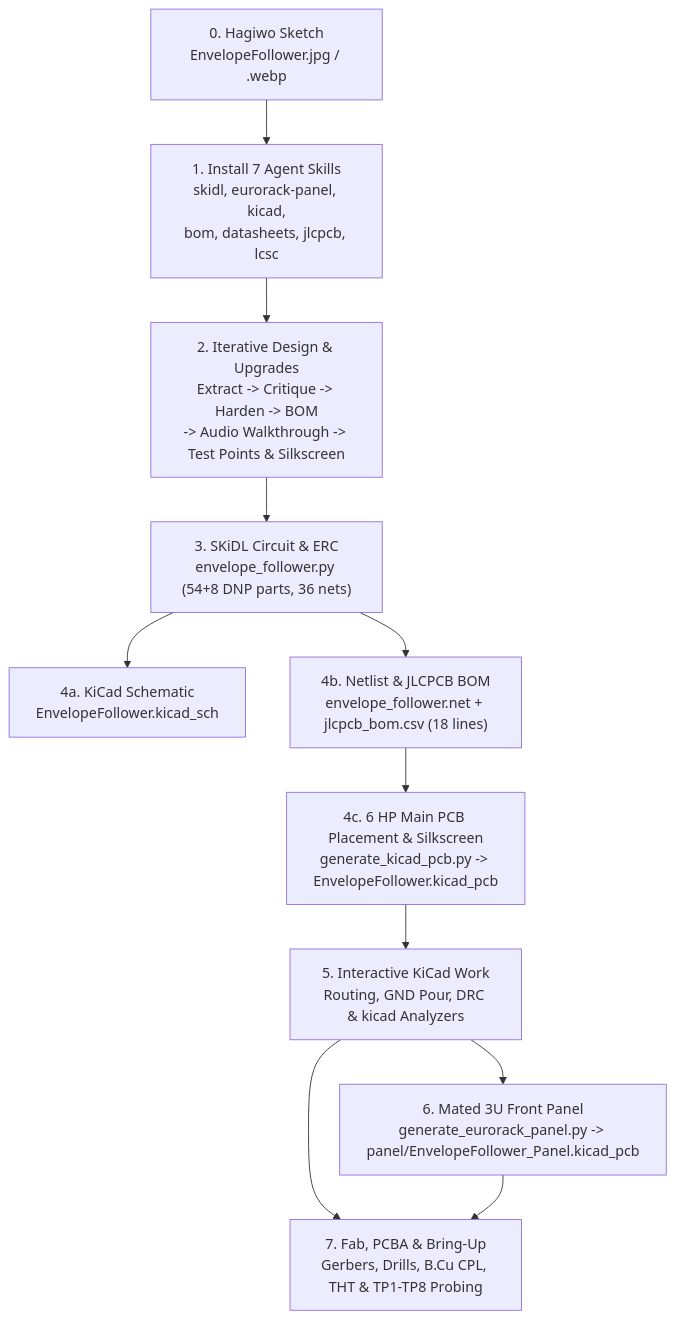
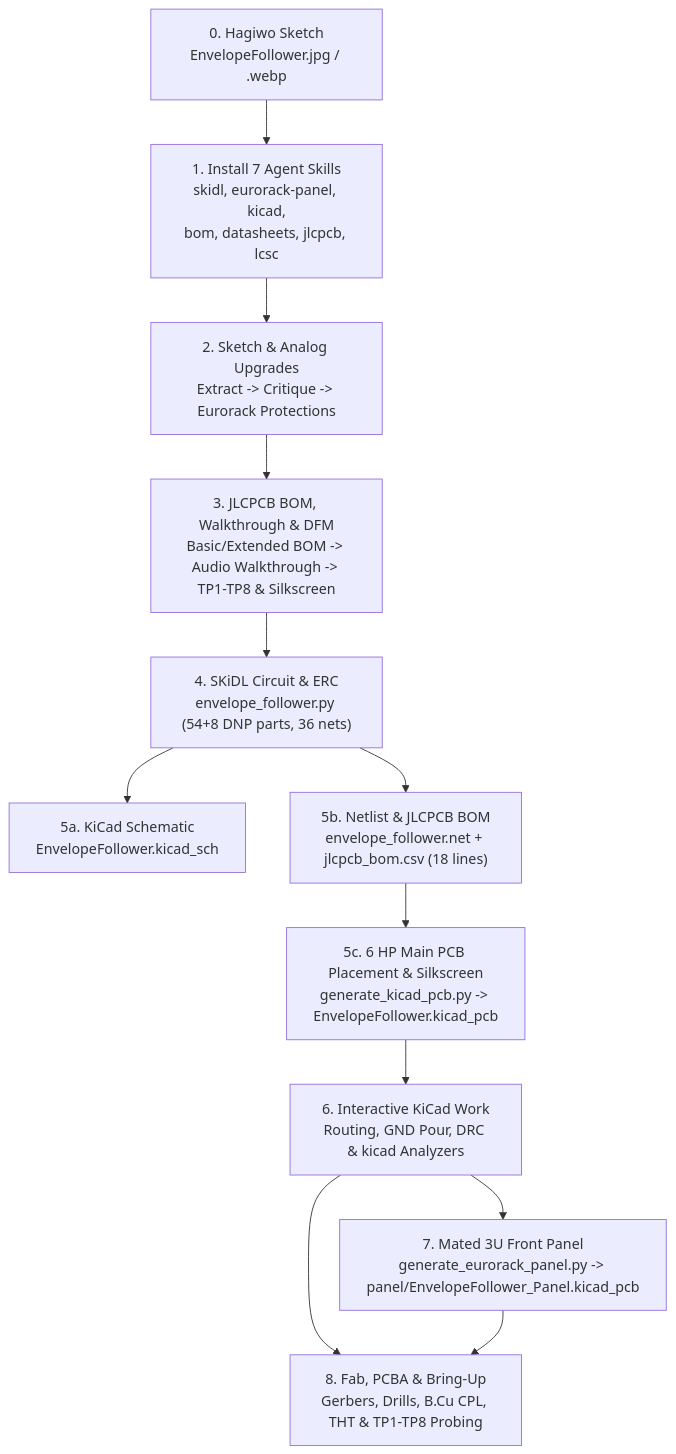
Before and after one commit to domesticmouse/EnvelopeFollower: the diagram in docs/index.md, drawn with Mermaid. The commit also changed other lines of this file and 12 other files, not shown here.

````diff
--- a/docs/index.md
+++ b/docs/index.md
@@ -11,13 +11,14 @@
 ```mermaid
 flowchart TD
     S0["0. Hagiwo Sketch<br/>EnvelopeFollower.jpg / .webp"] --> S1["1. Install 7 Agent Skills<br/>skidl, eurorack-panel, kicad,<br/>bom, datasheets, jlcpcb, lcsc"]
-    S1 --> S2["2. Iterative Design & Upgrades<br/>Extract -> Critique -> Harden -> BOM<br/>-> Audio Walkthrough -> Test Points & Silkscreen"]
-    S2 --> S3["3. SKiDL Circuit & ERC<br/>envelope_follower.py (54+8 DNP parts, 36 nets)"]
-    S3 --> S4A["4a. KiCad Schematic<br/>EnvelopeFollower.kicad_sch"]
-    S3 --> S4B["4b. Netlist & JLCPCB BOM<br/>envelope_follower.net + jlcpcb_bom.csv (18 lines)"]
-    S4B --> S4C["4c. 6 HP Main PCB Placement & Silkscreen<br/>generate_kicad_pcb.py -> EnvelopeFollower.kicad_pcb"]
-    S4C --> S5["5. Interactive KiCad Work<br/>Routing, GND Pour, DRC & kicad Analyzers"]
-    S5 --> S6["6. Mated 3U Front Panel<br/>generate_eurorack_panel.py -> panel/EnvelopeFollower_Panel.kicad_pcb"]
-    S5 --> S7["7. Fab, PCBA & Bring-Up<br/>Gerbers, Drills, B.Cu CPL, THT & TP1-TP8 Probing"]
-    S6 --> S7
+    S1 --> S2["2. Sketch & Analog Upgrades<br/>Extract -> Critique -> Eurorack Protections"]
+    S2 --> S3["3. JLCPCB BOM, Walkthrough & DFM<br/>Basic/Extended BOM -> Audio Walkthrough -> TP1-TP8 & Silkscreen"]
+    S3 --> S4["4. SKiDL Circuit & ERC<br/>envelope_follower.py (54+8 DNP parts, 36 nets)"]
+    S4 --> S5A["5a. KiCad Schematic<br/>EnvelopeFollower.kicad_sch"]
+    S4 --> S5B["5b. Netlist & JLCPCB BOM<br/>envelope_follower.net + jlcpcb_bom.csv (18 lines)"]
+    S5B --> S5C["5c. 6 HP Main PCB Placement & Silkscreen<br/>generate_kicad_pcb.py -> EnvelopeFollower.kicad_pcb"]
+    S5C --> S6["6. Interactive KiCad Work<br/>Routing, GND Pour, DRC & kicad Analyzers"]
+    S6 --> S7["7. Mated 3U Front Panel<br/>generate_eurorack_panel.py -> panel/EnvelopeFollower_Panel.kicad_pcb"]
+    S6 --> S8["8. Fab, PCBA & Bring-Up<br/>Gerbers, Drills, B.Cu CPL, THT & TP1-TP8 Probing"]
+    S7 --> S8
 ```
````
